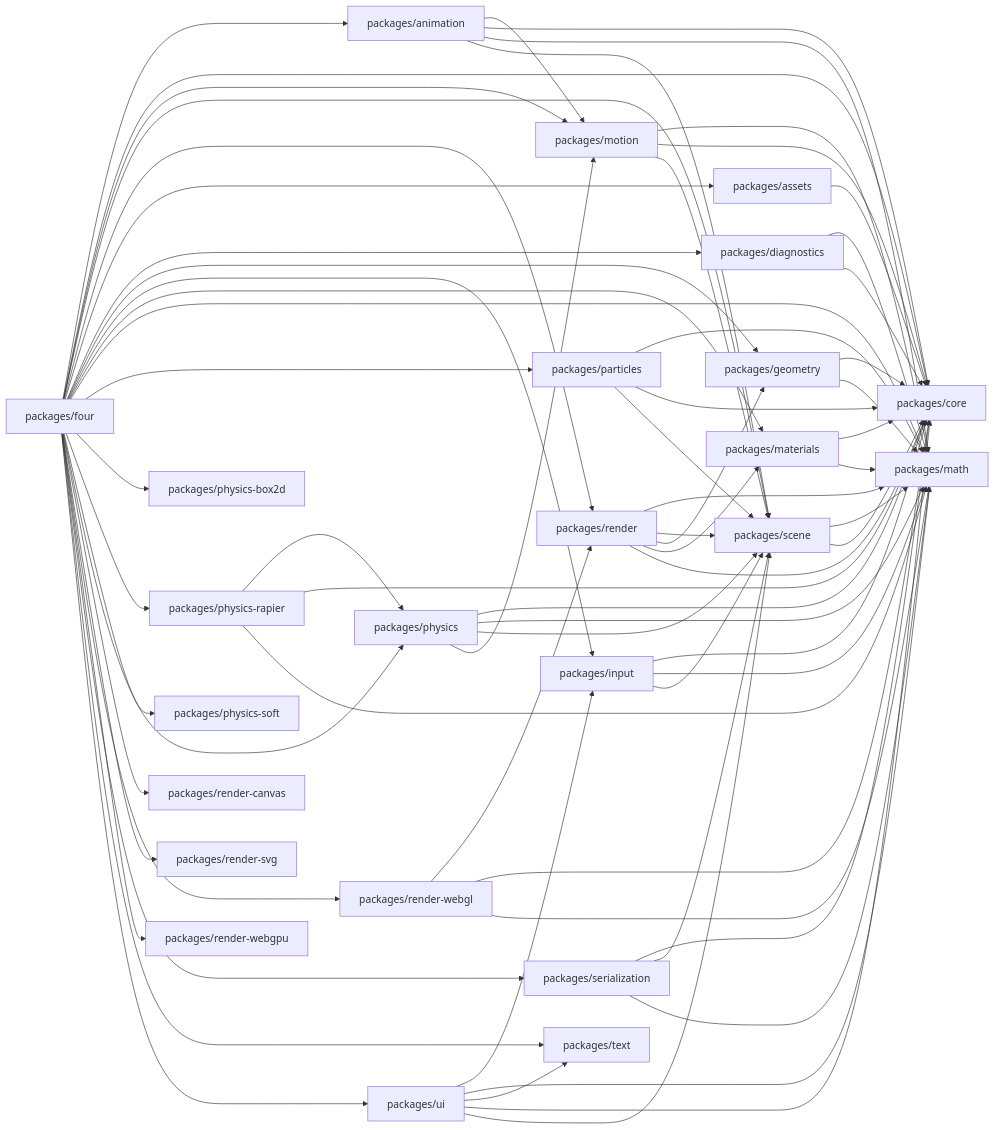
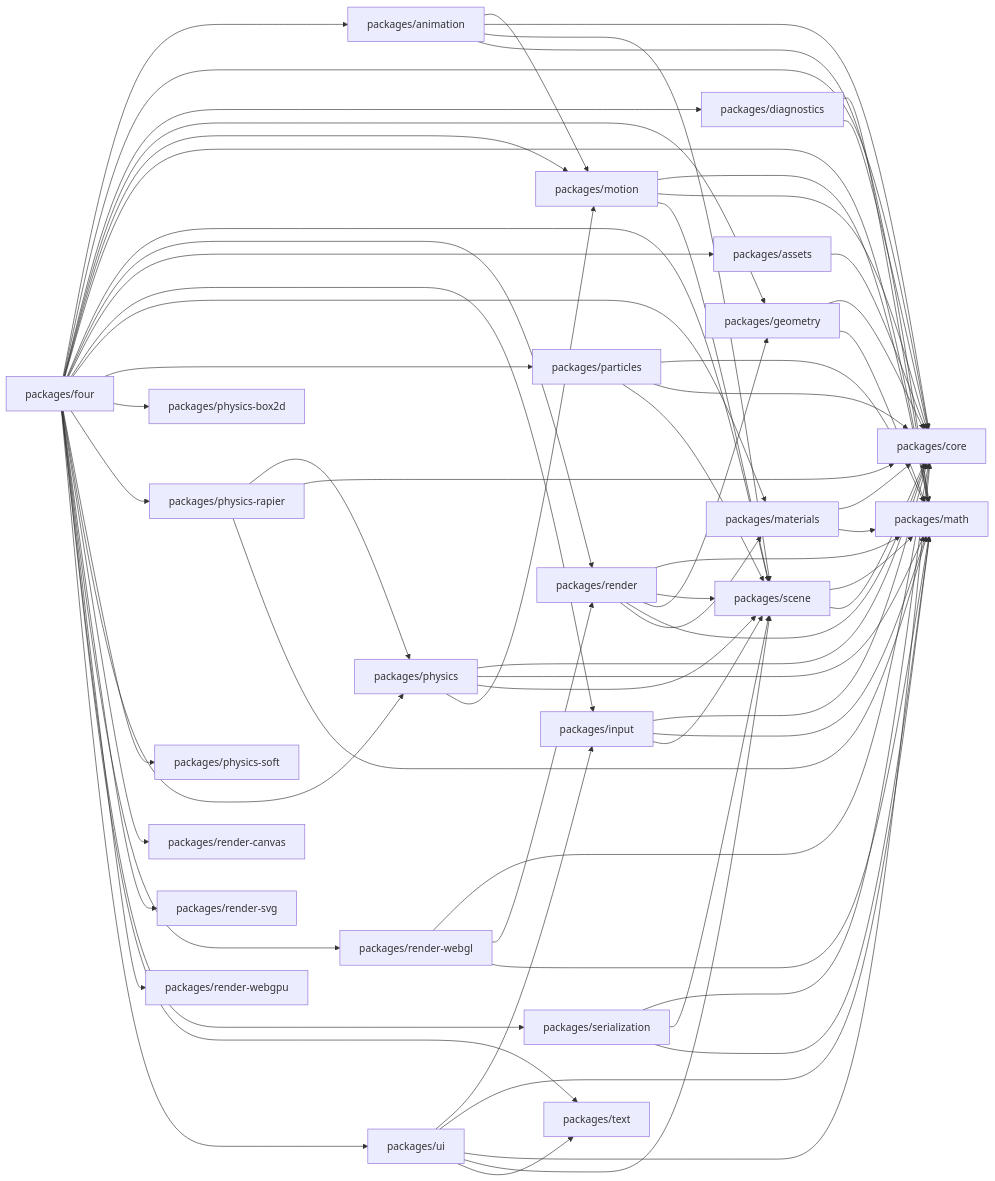
Before and after one commit to danielsimonjr/four.js: the first of 2 diagrams in docs/Architecture/DEPENDENCY_GRAPH.md, drawn with Mermaid. The commit also changed other lines of this file and 220 other files, not shown here.

````diff
--- a/docs/Architecture/DEPENDENCY_GRAPH.md
+++ b/docs/Architecture/DEPENDENCY_GRAPH.md
@@ -133,22 +133,22 @@
     P23[packages/ui]
     P0 --> P9
     P0 --> P2
+    P0 --> P20
     P0 --> P8
-    P0 --> P20
     P1 --> P2
     P3 --> P8
     P3 --> P2
     P4 --> P0
     P4 --> P2
+    P4 --> P3
+    P4 --> P5
     P4 --> P9
+    P4 --> P8
     P4 --> P20
     P4 --> P15
     P4 --> P1
-    P4 --> P3
-    P4 --> P5
     P4 --> P6
     P4 --> P7
-    P4 --> P8
     P4 --> P10
     P4 --> P12
     P4 --> P13
@@ -184,10 +184,10 @@
     P15 --> P8
     P15 --> P20
     P15 --> P5
+    P15 --> P2
     P15 --> P7
-    P15 --> P2
+    P18 --> P2
     P18 --> P15
-    P18 --> P2
     P18 --> P8
     P20 --> P8
     P20 --> P2
@@ -196,7 +196,7 @@
     P21 --> P8
     P23 --> P6
     P23 --> P8
-    P23 --> P22
     P23 --> P2
     P23 --> P20
+    P23 --> P22
 ```
````
